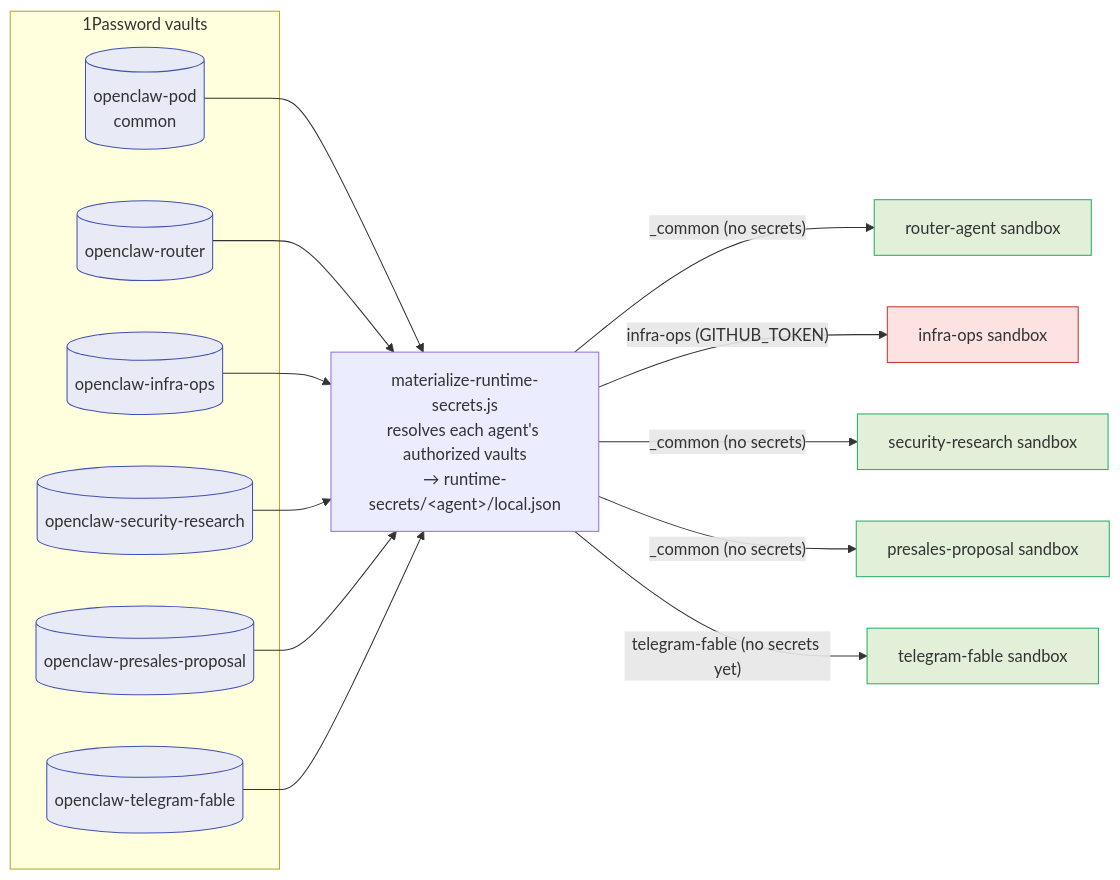
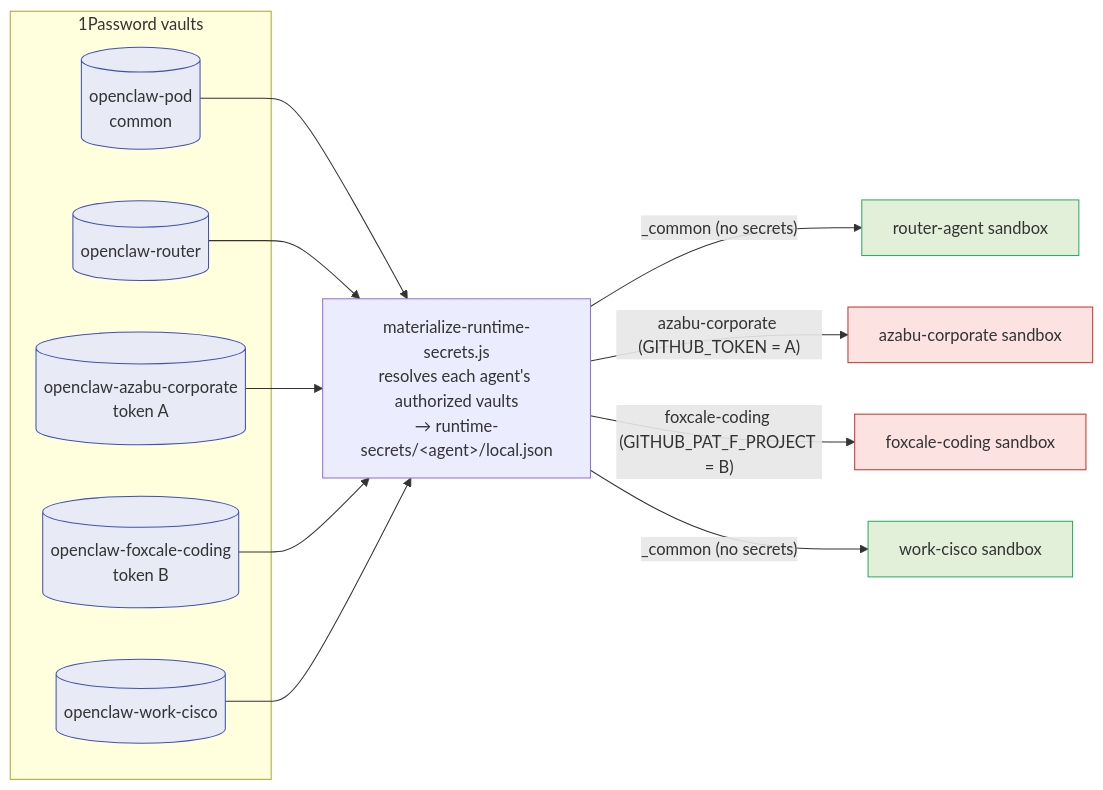
The second of 2 diagrams in docs/agent-system-overview.md (nyasukun/my-openclaw-maintenance), drawn with Mermaid before and after one commit. The commit also changed other lines of this file and 32 other files, not shown here.

````diff
--- a/docs/agent-system-overview.md
+++ b/docs/agent-system-overview.md
@@ -66,33 +99,30 @@
 ```mermaid
 flowchart LR
     subgraph op["1Password vaults"]
         POD[("openclaw-pod<br/>common")]
         VRT[("openclaw-router")]
-        VIO[("openclaw-infra-ops")]
-        VSR[("openclaw-security-research")]
-        VPP[("openclaw-presales-proposal")]
-        VTF[("openclaw-telegram-fable")]
+        VAZ[("openclaw-azabu-corporate<br/>token A")]
+        VFC[("openclaw-foxcale-coding<br/>token B")]
+        VWC[("openclaw-work-cisco")]
     end
 
     MAT["materialize-runtime-secrets.js<br/>resolves each agent's authorized vaults<br/>→ runtime-secrets/&lt;agent&gt;/local.json"]
 
     POD --> MAT
     VRT --> MAT
-    VIO --> MAT
-    VSR --> MAT
-    VPP --> MAT
-    VTF --> MAT
+    VAZ --> MAT
+    VFC --> MAT
+    VWC --> MAT
 
     MAT -->|"_common (no secrets)"| Rb["router-agent sandbox"]
-    MAT -->|"infra-ops (GITHUB_TOKEN)"| IOb["infra-ops sandbox"]
-    MAT -->|"_common (no secrets)"| SRb["security-research sandbox"]
-    MAT -->|"_common (no secrets)"| PPb["presales-proposal sandbox"]
-    MAT -->|"telegram-fable (no secrets yet)"| TFb["telegram-fable sandbox"]
+    MAT -->|"azabu-corporate (GITHUB_TOKEN = A)"| AZb["azabu-corporate sandbox"]
+    MAT -->|"foxcale-coding (GITHUB_PAT_F_PROJECT = B)"| FCb["foxcale-coding sandbox"]
+    MAT -->|"_common (no secrets)"| WCb["work-cisco sandbox"]
 
     classDef vault fill:#e8eaf6,stroke:#3f51b5;
     classDef priv fill:#fde2e2,stroke:#c0392b;
     classDef safe fill:#e2f0d9,stroke:#27ae60;
-    class POD,VRT,VIO,VSR,VPP,VTF vault;
-    class IOb priv;
-    class Rb,SRb,PPb,TFb safe;
+    class POD,VRT,VAZ,VFC,VWC vault;
+    class AZb,FCb priv;
+    class Rb,WCb safe;
 ```
````
